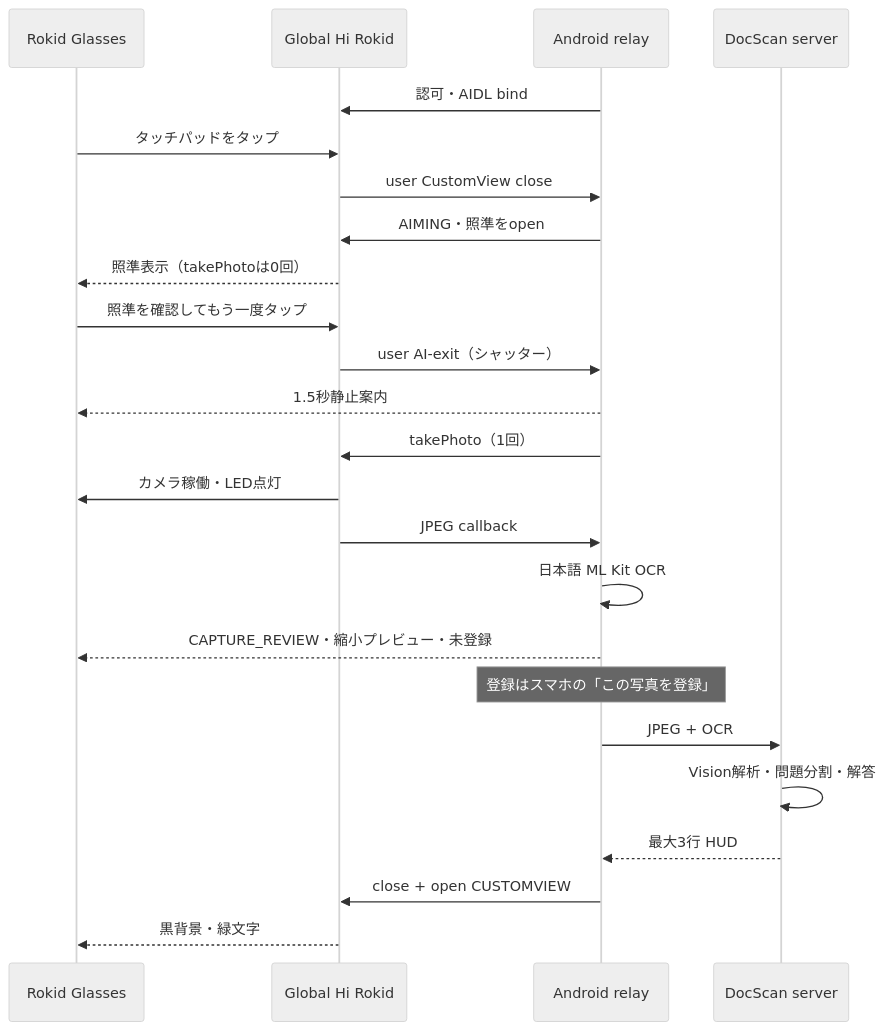
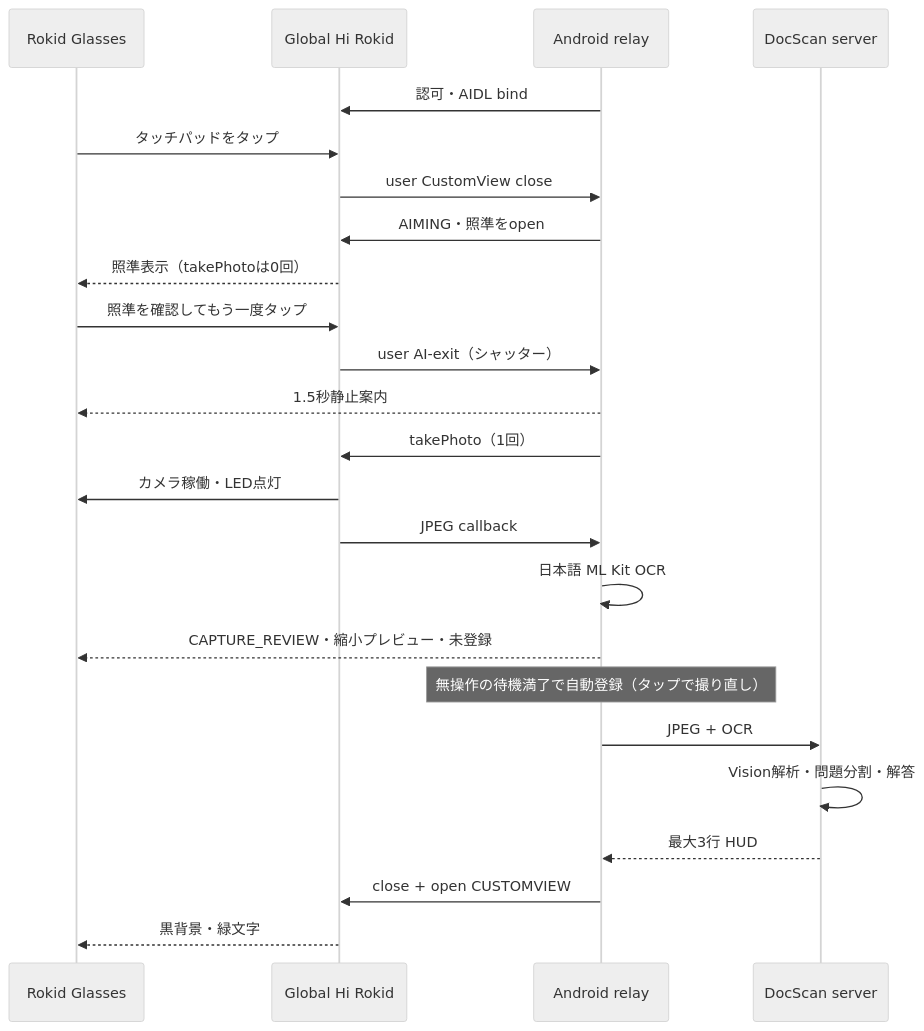
One commit to TroroOrosi/rokid-docscan-starter changed the diagram in docs/cxr-l-integration.md. Above: the diagram before and after it, drawn with Mermaid (neutral theme). The commit also changed other lines of this file and 10 other files, not shown here.

````diff
--- a/docs/cxr-l-integration.md
+++ b/docs/cxr-l-integration.md
@@ -43,27 +43,27 @@
 ```mermaid
 sequenceDiagram
     participant G as Rokid Glasses
     participant H as Global Hi Rokid
     participant R as Android relay
     participant S as DocScan server
 
     R->>H: 認可・AIDL bind
     G->>H: タッチパッドをタップ
     H->>R: user CustomView close
     R->>H: AIMING・照準をopen
     H-->>G: 照準表示（takePhotoは0回）
     G->>H: 照準を確認してもう一度タップ
     H->>R: user AI-exit（シャッター）
     R-->>G: 1.5秒静止案内
     R->>H: takePhoto（1回）
     H->>G: カメラ稼働・LED点灯
     H->>R: JPEG callback
     R->>R: 日本語 ML Kit OCR
     R-->>G: CAPTURE_REVIEW・縮小プレビュー・未登録
-    Note over R: 登録はスマホの「この写真を登録」
+    Note over R: 無操作の待機満了で自動登録（タップで撮り直し）
     R->>S: JPEG + OCR
     S->>S: Vision解析・問題分割・解答
     S-->>R: 最大3行 HUD
     R->>H: close + open CUSTOMVIEW
     H-->>G: 黒背景・緑文字
 ```
````
